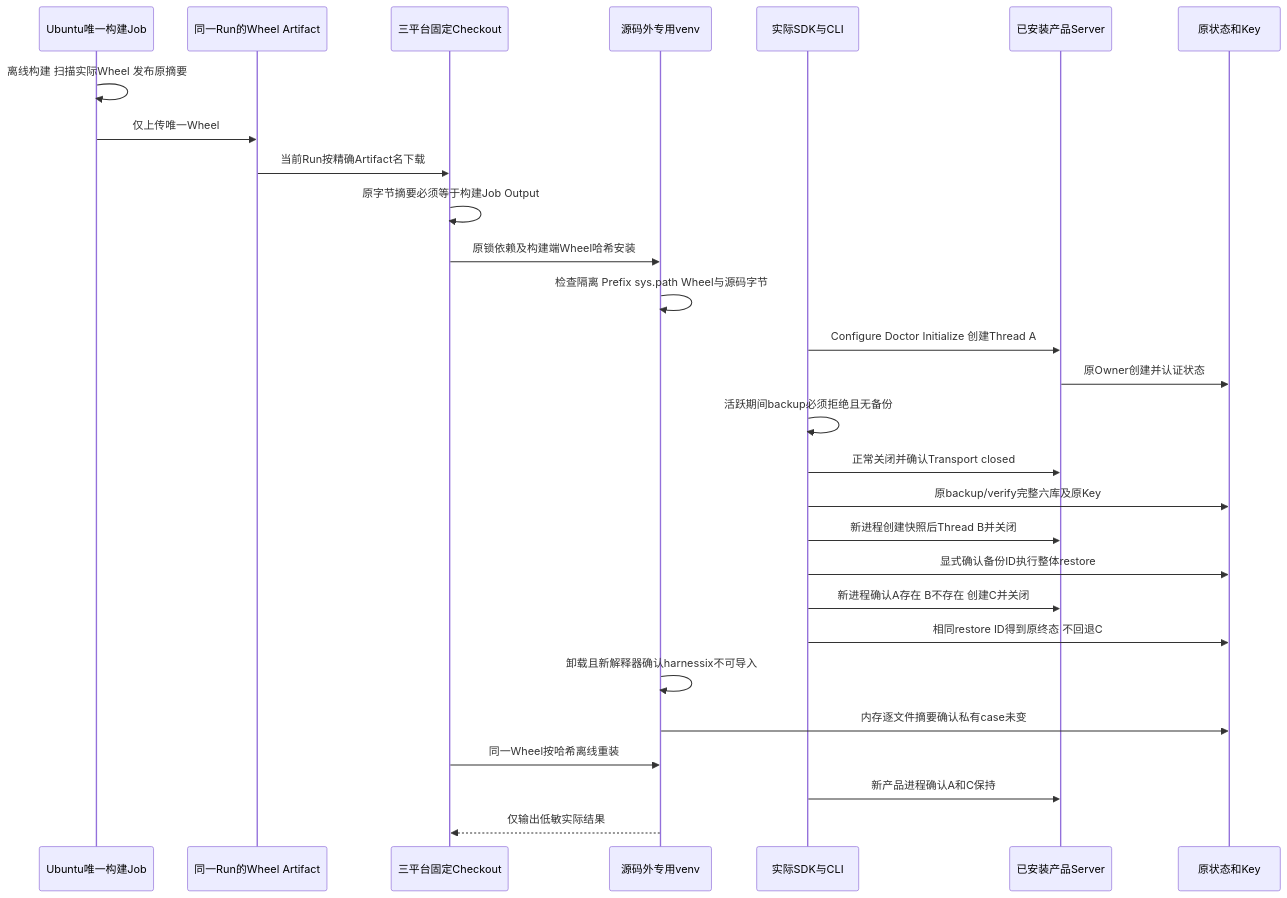
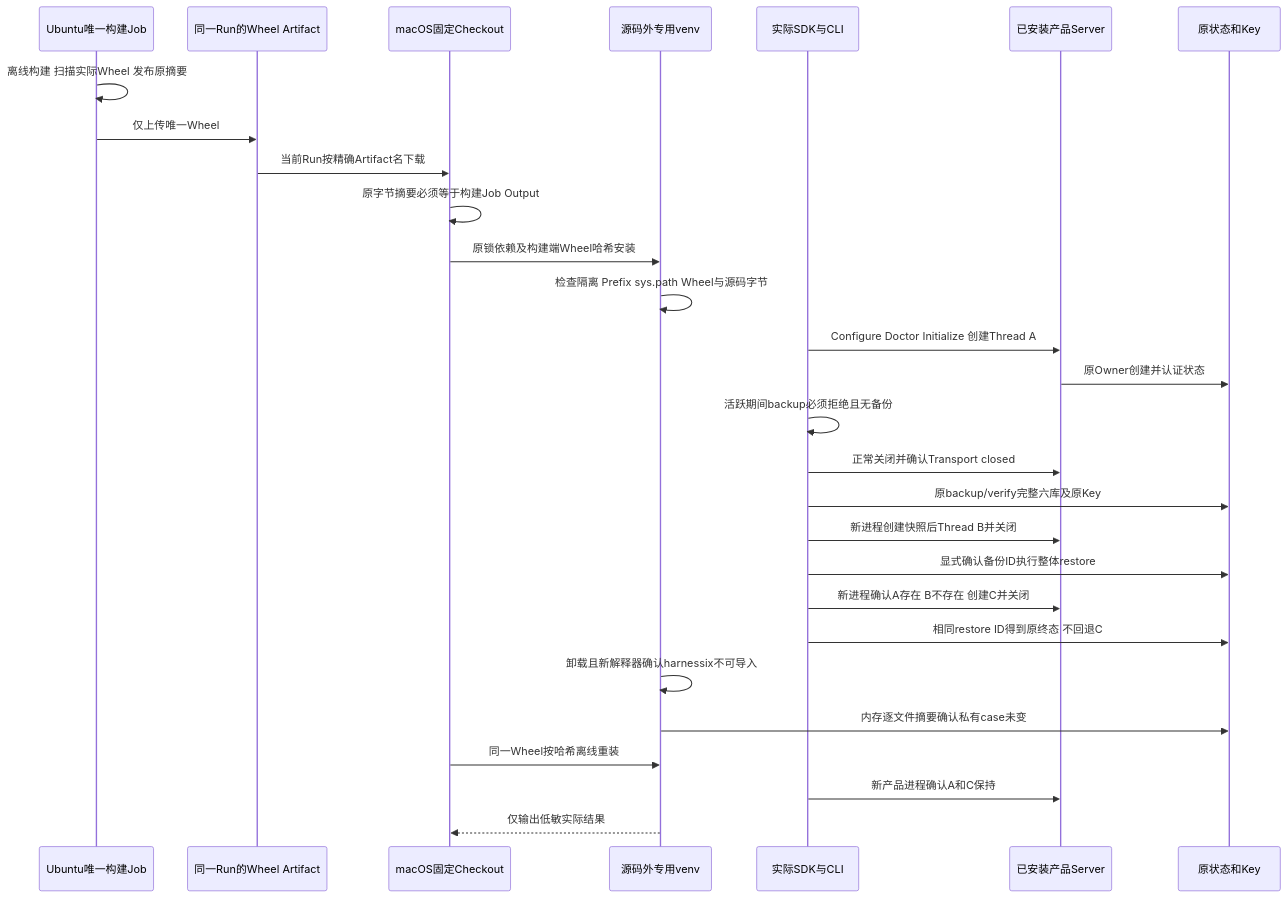
The second of 2 diagrams in docs/changes/m09-r4-installed-product-acceptance.md (carrie1988/Harnessix), drawn with Mermaid before and after one commit. The commit also changed other lines of this file and 2 other files, not shown here.

Commit message:
docs: 同步当前主线 macOS 生命周期证据

````diff
--- a/docs/changes/m09-r4-installed-product-acceptance.md
+++ b/docs/changes/m09-r4-installed-product-acceptance.md
@@ -87,30 +89,30 @@
 ```mermaid
 sequenceDiagram
     participant B as Ubuntu唯一构建Job
     participant A as 同一Run的Wheel Artifact
-    participant G as 三平台固定Checkout
+    participant G as macOS固定Checkout
     participant V as 源码外专用venv
     participant C as 实际SDK与CLI
     participant P as 已安装产品Server
     participant S as 原状态和Key
     B->>B: 离线构建 扫描实际Wheel 发布原摘要
     B->>A: 仅上传唯一Wheel
     A->>G: 当前Run按精确Artifact名下载
     G->>G: 原字节摘要必须等于构建Job Output
     G->>V: 原锁依赖及构建端Wheel哈希安装
     V->>V: 检查隔离 Prefix sys.path Wheel与源码字节
     C->>P: Configure Doctor Initialize 创建Thread A
     P->>S: 原Owner创建并认证状态
     C->>C: 活跃期间backup必须拒绝且无备份
     C->>P: 正常关闭并确认Transport closed
     C->>S: 原backup/verify完整六库及原Key
     C->>P: 新进程创建快照后Thread B并关闭
     C->>S: 显式确认备份ID执行整体restore
     C->>P: 新进程确认A存在 B不存在 创建C并关闭
     C->>S: 相同restore ID得到原终态 不回退C
     V->>V: 卸载且新解释器确认harnessix不可导入
     V->>S: 内存逐文件摘要确认私有case未变
     G->>V: 同一Wheel按哈希离线重装
     C->>P: 新产品进程确认A和C保持
     V-->>G: 仅输出低敏实际结果
 ```
````
